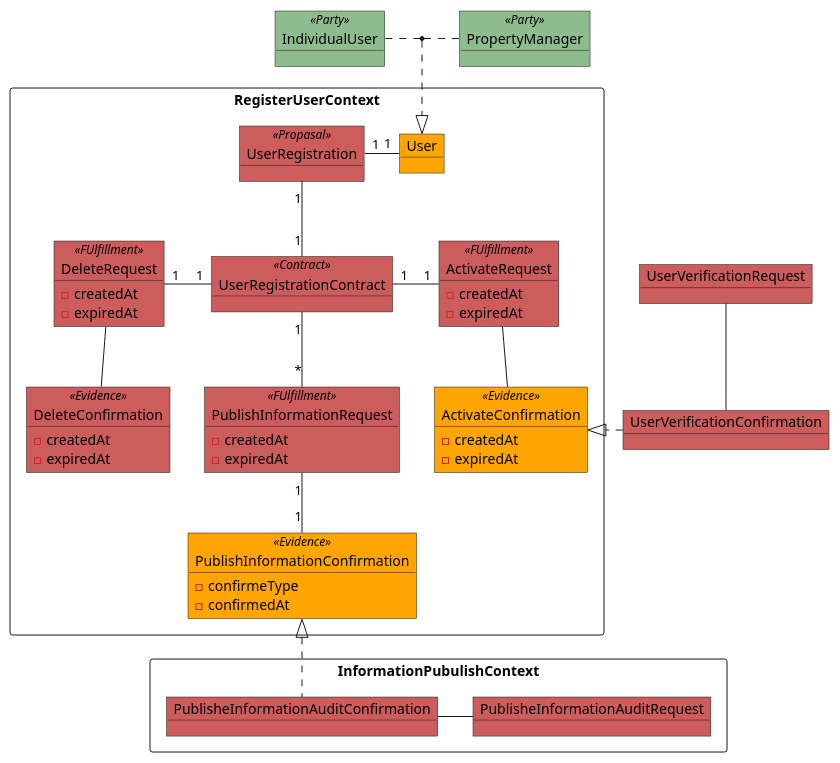
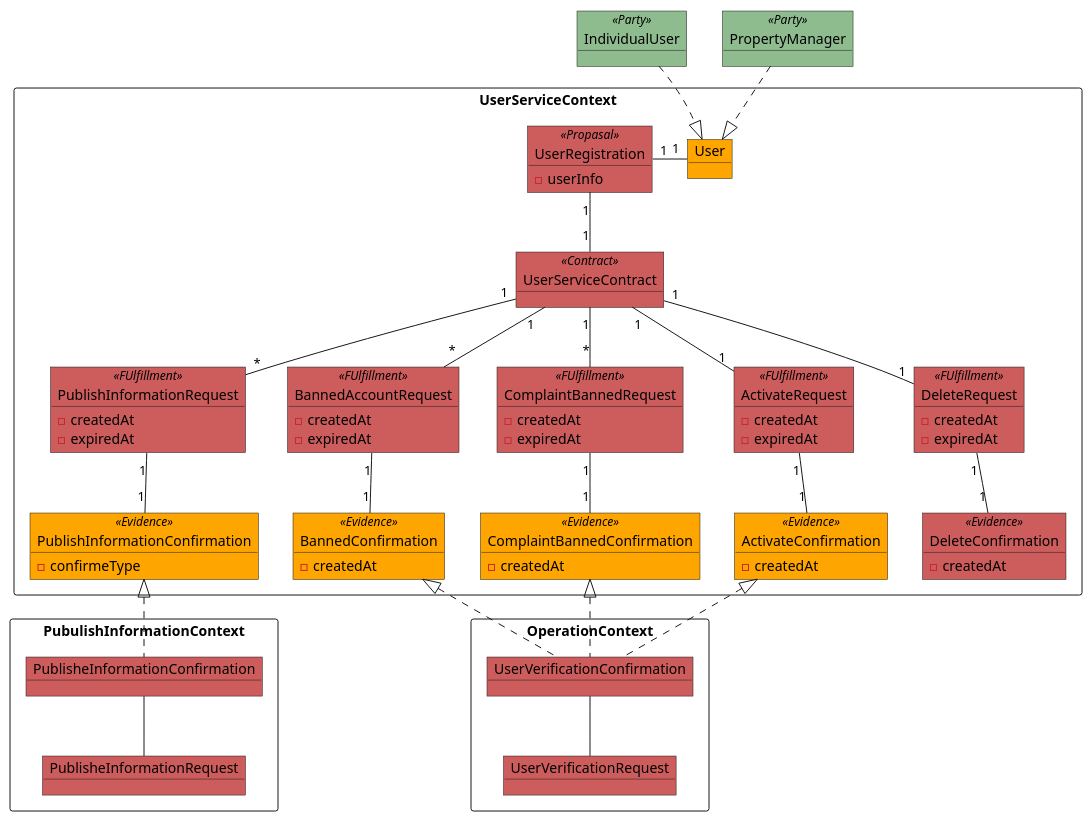
One commit to scglwsj/seele changed the first of 3 diagrams in 8x/thought_tenement.puml. Above: the diagram before and after it, drawn with PlantUML. The commit also changed other lines of this file, not shown here.

```diff
--- a/8x/thought_tenement.puml
+++ b/8x/thought_tenement.puml
@@ -1,65 +1,92 @@
-@startuml register_user
-package RegisterUserContext <<Rectangle>>{
+@startuml user_service
+package UserServiceContext <<Rectangle>>{
   object User #Orange
-  object UserRegistration <<Propasal>> #IndianRed
-  object UserRegistrationContract <<Contract>> #IndianRed
+  object UserServiceContract <<Contract>> #IndianRed
+
+  object UserRegistration <<Propasal>> #IndianRed {
+    - userInfo
+  }
 
   object PublishInformationRequest <<FUlfillment>> #IndianRed {
     - createdAt
     - expiredAt
   }
 
   object PublishInformationConfirmation <<Evidence>> #Orange {
     - confirmeType
-    - confirmedAt
+  }
+
+  object BannedAccountRequest <<FUlfillment>> #IndianRed {
+    - createdAt
+    - expiredAt
+  }
+
+  object BannedConfirmation <<Evidence>> #Orange {
+    - createdAt
+  }
+
+  object ComplaintBannedRequest <<FUlfillment>> #IndianRed {
+    - createdAt
+    - expiredAt
+  }
+
+  object ComplaintBannedConfirmation <<Evidence>> #Orange {
+    - createdAt
   }
 
   object ActivateRequest <<FUlfillment>> #IndianRed {
     - createdAt
     - expiredAt
   }
 
   object ActivateConfirmation <<Evidence>> #Orange {
     - createdAt
-    - expiredAt
   }
-
 
   object DeleteRequest <<FUlfillment>> #IndianRed {
     - createdAt
     - expiredAt
   }
 
   object DeleteConfirmation <<Evidence>> #IndianRed {
     - createdAt
-    - expiredAt
   }
 
   User "1" -left- "1" UserRegistration
-  UserRegistration "1" -- "1" UserRegistrationContract
-  UserRegistrationContract "1" -- "*" PublishInformationRequest
+  UserRegistration "1" -- "1" UserServiceContract
+  UserServiceContract "1" -- "*" PublishInformationRequest
   PublishInformationRequest "1" -- "1" PublishInformationConfirmation
-  UserRegistrationContract "1" -right- "1" ActivateRequest
-  ActivateRequest -- ActivateConfirmation
-  UserRegistrationContract "1" -left- "1" DeleteRequest
-  DeleteRequest -- DeleteConfirmation
+  UserServiceContract "1" -- "1" DeleteRequest
+  DeleteRequest "1" -- "1" DeleteConfirmation
+  UserServiceContract "1" -- "*" BannedAccountRequest
+  BannedAccountRequest "1" -- "1" BannedConfirmation
+  UserServiceContract "1" -- "1" ActivateRequest
+  ActivateRequest "1" -- "1" ActivateConfirmation
+  UserServiceContract "1" -- "*" ComplaintBannedRequest
+  ComplaintBannedRequest "1" -- "1" ComplaintBannedConfirmation
 }
 
-package InformationPubulishContext <<Rectangle>> {
-  object PublisheInformationAuditRequest #IndianRed
-  object PublisheInformationAuditConfirmation #IndianRed
+package PubulishInformationContext <<Rectangle>> {
+  object PublisheInformationRequest #IndianRed
+  object PublisheInformationConfirmation #IndianRed
 
-  PublisheInformationAuditConfirmation -right- PublisheInformationAuditRequest
+  PublisheInformationConfirmation -- PublisheInformationRequest
+}
+
+package OperationContext <<Rectangle>> {
+  object UserVerificationRequest #IndianRed
+  object UserVerificationConfirmation #IndianRed
+  UserVerificationConfirmation --  UserVerificationRequest
 }
 
 object IndividualUser <<Party>> #DarkSeaGreen
 object PropertyManager <<Party>> #DarkSeaGreen
-object UserVerificationRequest #IndianRed
-object UserVerificationConfirmation #IndianRed
 
-IndividualUser .right. PropertyManager
-(IndividualUser, PropertyManager) .down.|> User
-PublishInformationConfirmation <|.. PublisheInformationAuditConfirmation
-UserVerificationConfirmation .right.|> ActivateConfirmation
-UserVerificationRequest -- UserVerificationConfirmation
+
+IndividualUser ..^ User
+PropertyManager ..^ User
+PublishInformationConfirmation ^.. PublisheInformationConfirmation
+ActivateConfirmation ^.. UserVerificationConfirmation
+BannedConfirmation ^.. UserVerificationConfirmation
+ComplaintBannedConfirmation ^.. UserVerificationConfirmation
 @enduml
```
